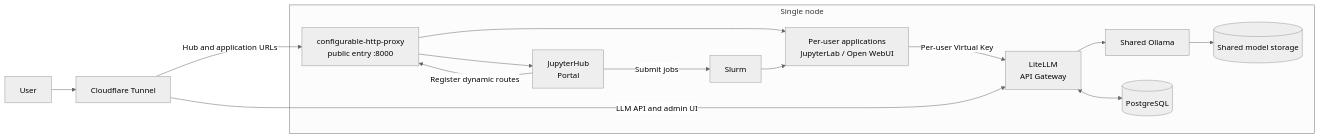
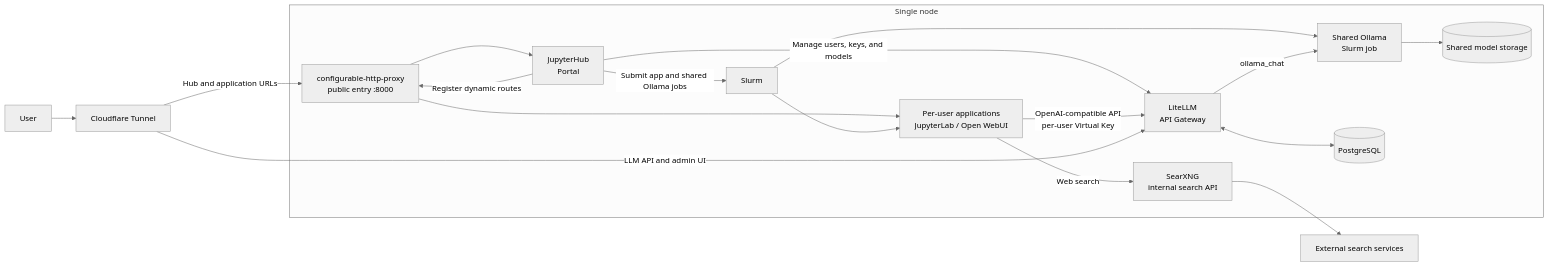
One commit to koichi2426/HPC-portal changed the first of 2 diagrams in README.en.md. Above: the diagram before and after it, drawn with Mermaid (neutral theme). The commit also changed other lines of this file and 1 other file, not shown here.

Commit message:
[docs] システムアーキテクチャを現行構成へ更新した

````diff
--- a/README.en.md
+++ b/README.en.md
@@ -23,29 +23,35 @@
 ```mermaid
 flowchart LR
     User[User]
     CF[Cloudflare Tunnel]
+    Search[External search services]
 
     subgraph Host[Single node]
         Proxy[configurable-http-proxy<br/>public entry :8000]
         JHub[JupyterHub<br/>Portal]
         Slurm[Slurm]
         Apps[Per-user applications<br/>JupyterLab / Open WebUI]
         LiteLLM[LiteLLM<br/>API Gateway]
-        Ollama[Shared Ollama]
+        Ollama[Shared Ollama<br/>Slurm job]
+        SearXNG[SearXNG<br/>internal search API]
         DB[(PostgreSQL)]
         Models[(Shared model storage)]
     end
 
     User --> CF
     CF -->|Hub and application URLs| Proxy
     Proxy --> JHub
     Proxy --> Apps
     JHub -->|Register dynamic routes| Proxy
-    JHub -->|Submit jobs| Slurm
+    JHub -->|Submit app and shared Ollama jobs| Slurm
     Slurm --> Apps
-    Apps -->|Per-user Virtual Key| LiteLLM
+    Slurm --> Ollama
+    JHub -->|Manage users, keys, and models| LiteLLM
+    Apps -->|OpenAI-compatible API<br/>per-user Virtual Key| LiteLLM
+    Apps -->|Web search| SearXNG
+    SearXNG --> Search
     CF -->|LLM API and admin UI| LiteLLM
     LiteLLM <--> DB
-    LiteLLM --> Ollama
+    LiteLLM -->|ollama_chat| Ollama
     Ollama --> Models
 ```
````
